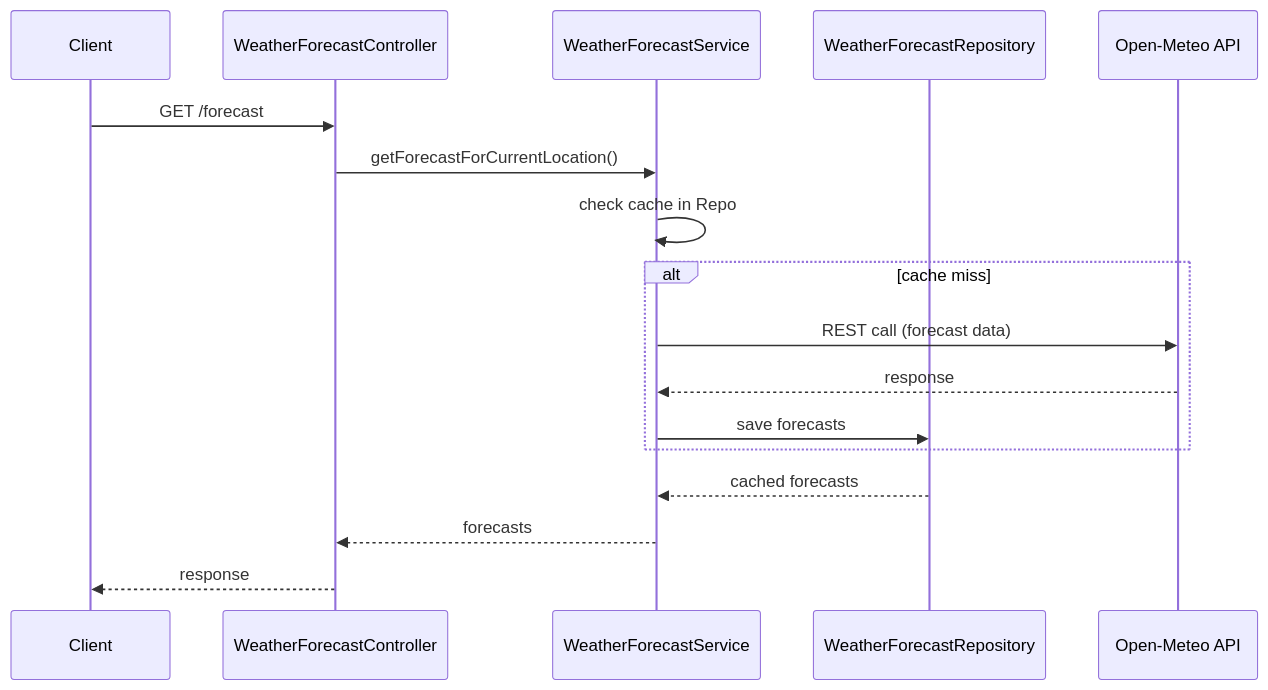
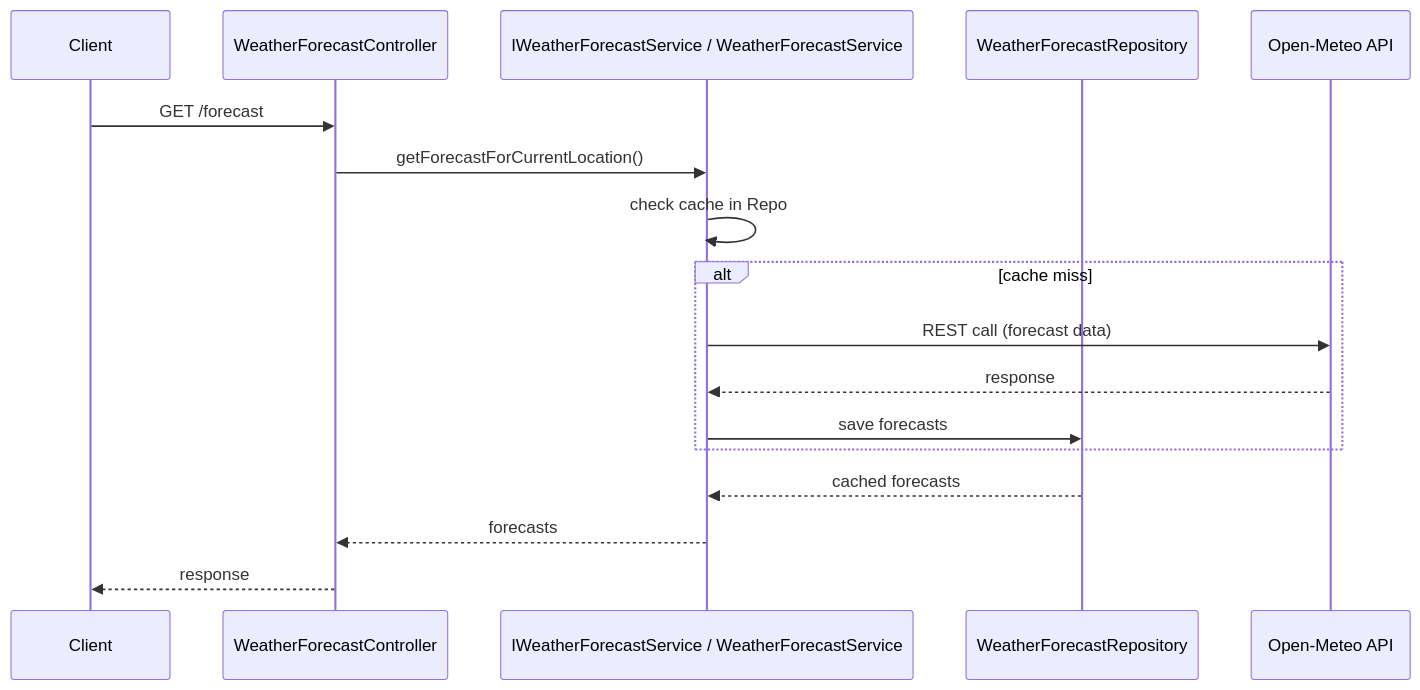
The fourth of 4 diagrams in docs/component_communication.md (lucawalz/sentio-systems), drawn with Mermaid before and after one commit. The commit also changed other lines of this file, not shown here.

````diff
--- a/docs/component_communication.md
+++ b/docs/component_communication.md
@@ -199,20 +257,20 @@
 ```mermaid
 sequenceDiagram
     participant Client
     participant Ctrl as WeatherForecastController
-    participant WFS as WeatherForecastService
+    participant WFS as IWeatherForecastService / WeatherForecastService
     participant Repo as WeatherForecastRepository
     participant OM as Open-Meteo API
 
     Client->>Ctrl: GET /forecast
     Ctrl->>WFS: getForecastForCurrentLocation()
     WFS->>WFS: check cache in Repo
     alt cache miss
         WFS->>OM: REST call (forecast data)
         OM-->>WFS: response
         WFS->>Repo: save forecasts
     end
     Repo-->>WFS: cached forecasts
     WFS-->>Ctrl: forecasts
     Ctrl-->>Client: response
 ```
````
